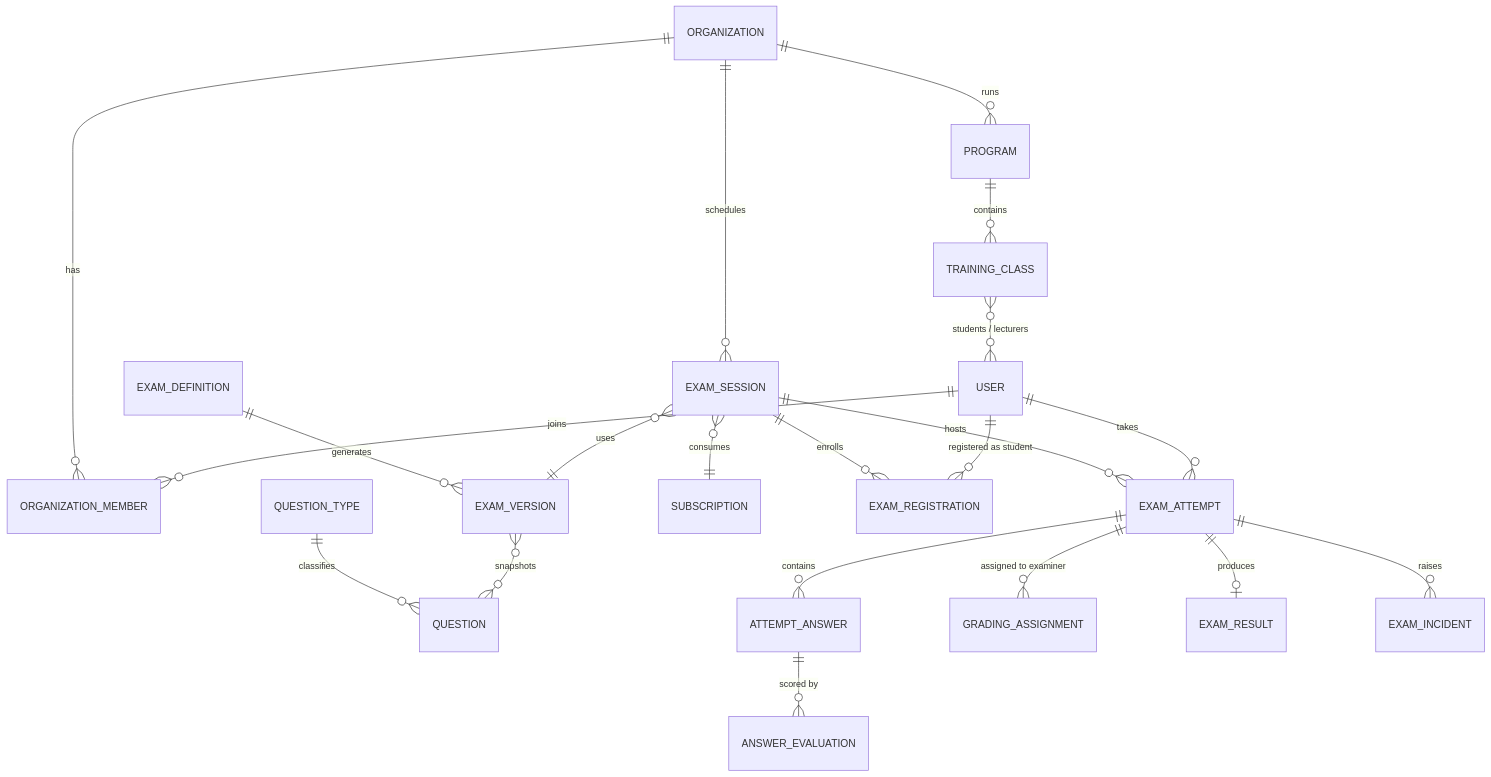
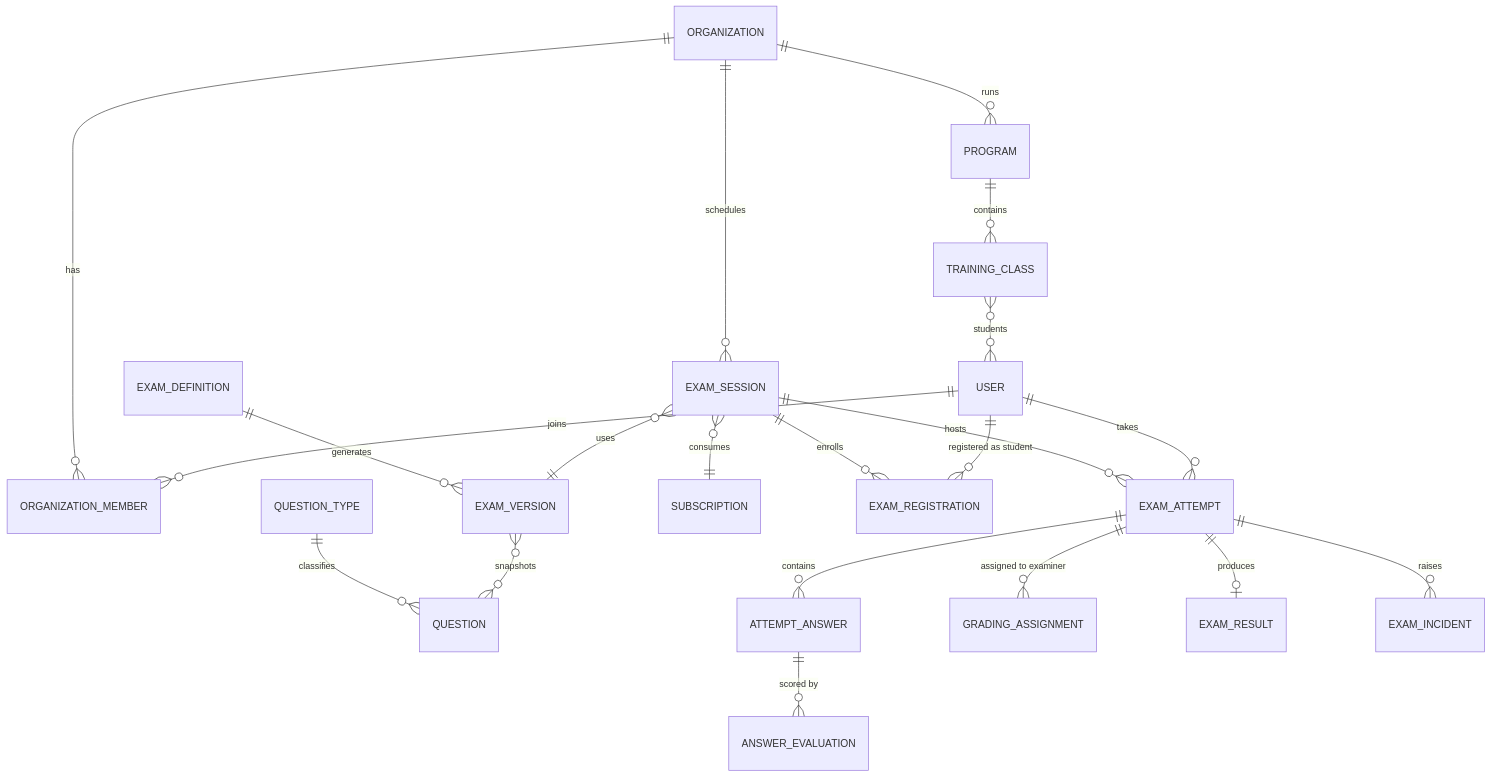
Before and after one commit to pte-org/pte-doc: the second of 18 diagrams in projects/architecture/erd-redraw-guide.md, drawn with Mermaid. The commit also changed other lines of this file and 1 other file, not shown here.

Commit message:
docs(erd): remove class lecturers from conceptual model

````diff
--- a/projects/architecture/erd-redraw-guide.md
+++ b/projects/architecture/erd-redraw-guide.md
@@ -211,23 +214,23 @@
 ```mermaid
 erDiagram
   ORGANIZATION ||--o{ ORGANIZATION_MEMBER : has
   USER ||--o{ ORGANIZATION_MEMBER : joins
   ORGANIZATION ||--o{ PROGRAM : runs
   PROGRAM ||--o{ TRAINING_CLASS : contains
-  TRAINING_CLASS }o--o{ USER : "students / lecturers"
+  TRAINING_CLASS }o--o{ USER : "students"
   QUESTION_TYPE ||--o{ QUESTION : classifies
   EXAM_DEFINITION ||--o{ EXAM_VERSION : generates
   EXAM_VERSION }o--o{ QUESTION : snapshots
   ORGANIZATION ||--o{ EXAM_SESSION : schedules
   EXAM_SESSION }o--|| EXAM_VERSION : uses
   EXAM_SESSION }o--|| SUBSCRIPTION : consumes
   EXAM_SESSION ||--o{ EXAM_REGISTRATION : enrolls
   USER ||--o{ EXAM_REGISTRATION : "registered as student"
   EXAM_SESSION ||--o{ EXAM_ATTEMPT : hosts
   USER ||--o{ EXAM_ATTEMPT : takes
   EXAM_ATTEMPT ||--o{ ATTEMPT_ANSWER : contains
   ATTEMPT_ANSWER ||--o{ ANSWER_EVALUATION : "scored by"
   EXAM_ATTEMPT ||--o{ GRADING_ASSIGNMENT : "assigned to examiner"
   EXAM_ATTEMPT ||--o| EXAM_RESULT : produces
   EXAM_ATTEMPT ||--o{ EXAM_INCIDENT : raises
 ```
````
